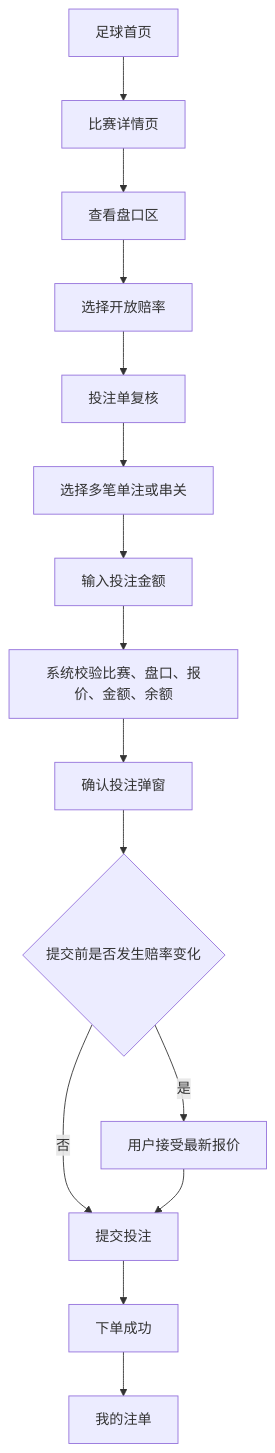
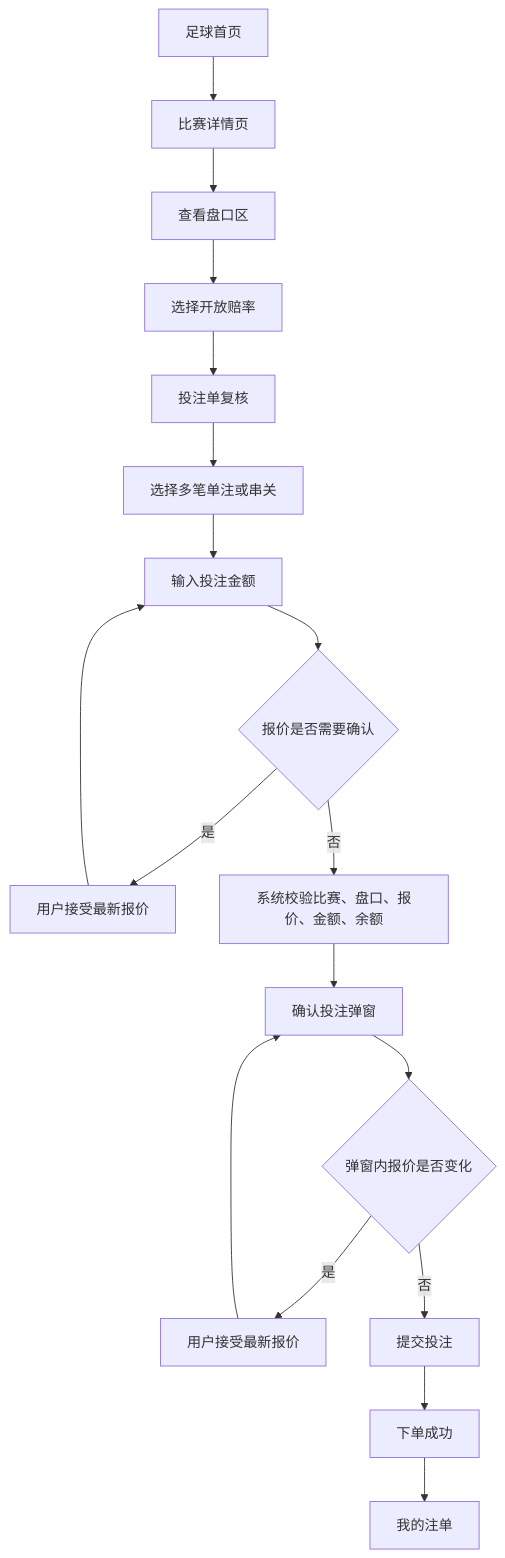
The first of 6 diagrams in Stake足球盘口研究/04_正式产品文档/TurboFlow足球盘口产品需求文档_v4.3.md (Errance/TurboFlow), drawn with Mermaid before and after one commit. The commit also changed other lines of this file, not shown here.

````diff
--- a/Stake足球盘口研究/04_正式产品文档/TurboFlow足球盘口产品需求文档_v4.3.md
+++ b/Stake足球盘口研究/04_正式产品文档/TurboFlow足球盘口产品需求文档_v4.3.md
@@ -126,17 +125,20 @@
 ```mermaid
 flowchart TD
   soccerHome[足球首页] --> matchDetail[比赛详情页]
   matchDetail --> marketArea[查看盘口区]
   marketArea --> chooseOdds[选择开放赔率]
   chooseOdds --> betSlip[投注单复核]
   betSlip --> betMode[选择多笔单注或串关]
   betMode --> amountInput[输入投注金额]
-  amountInput --> validation[系统校验比赛、盘口、报价、金额、余额]
+  amountInput --> quoteCheck{报价是否需要确认}
+  quoteCheck -->|"是"| acceptOdds[用户接受最新报价]
+  acceptOdds --> amountInput
+  quoteCheck -->|"否"| validation[系统校验比赛、盘口、报价、金额、余额]
   validation --> confirmDialog[确认投注弹窗]
-  confirmDialog --> oddsChanged{提交前是否发生赔率变化}
-  oddsChanged -->|"是"| acceptOdds[用户接受最新报价]
-  oddsChanged -->|"否"| submitBet[提交投注]
-  acceptOdds --> submitBet
+  confirmDialog --> confirmQuoteCheck{弹窗内报价是否变化}
+  confirmQuoteCheck -->|"是"| acceptDialogOdds[用户接受最新报价]
+  acceptDialogOdds --> confirmDialog
+  confirmQuoteCheck -->|"否"| submitBet[提交投注]
   submitBet --> success[下单成功]
   success --> myBets[我的注单]
 ```
````
